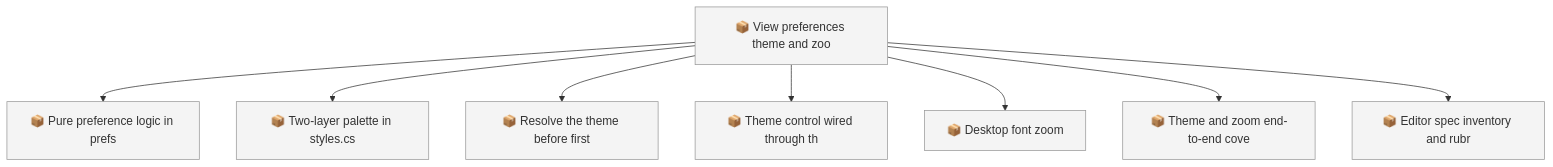
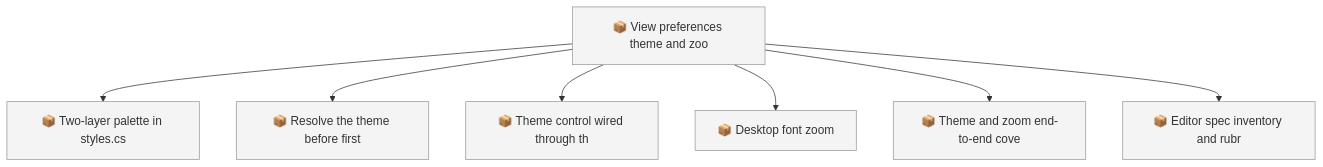
The first of 2 diagrams in docs/roadmap.md (SpillwaveSolutions/okf-forge), drawn with Mermaid before and after one commit. The commit also changed other lines of this file and 3 other files, not shown here.

First line of the commit message:
feat(prefs): pure theme and zoom preference logic (01KZ2M32GWWQ4PP29HVE0AMPX7)

````diff
--- a/docs/roadmap.md
+++ b/docs/roadmap.md
@@ -45,20 +44,18 @@
 ```mermaid
 graph TD
     01KZ2KCJKX6S20SBVHBEQDZA0K["📦 View preferences theme and zoo"]
-    01KZ2M32GWWQ4PP29HVE0AMPX7["📦 Pure preference logic in prefs"]
     01KZ2M32NY8ZWMW8GWRZ7G3WQD["📦 Two-layer palette in styles.cs"]
     01KZ2M32TVGPVF4PYTJ1BJENH7["📦 Resolve the theme before first"]
     01KZ2M32ZY8G5RVEB2F0EK9G1E["📦 Theme control wired through th"]
     01KZ2M334TJ1XNRKG7Y2ENHA5W["📦 Desktop font zoom"]
     01KZ2M339YT6TMAQHJSTEGPADA["📦 Theme and zoom end-to-end cove"]
     01KZ2M33EZ4KPYJ8G9SEQ4NFBG["📦 Editor spec inventory and rubr"]
-    01KZ2KCJKX6S20SBVHBEQDZA0K --> 01KZ2M32GWWQ4PP29HVE0AMPX7
     01KZ2KCJKX6S20SBVHBEQDZA0K --> 01KZ2M32NY8ZWMW8GWRZ7G3WQD
     01KZ2KCJKX6S20SBVHBEQDZA0K --> 01KZ2M32TVGPVF4PYTJ1BJENH7
     01KZ2KCJKX6S20SBVHBEQDZA0K --> 01KZ2M32ZY8G5RVEB2F0EK9G1E
     01KZ2KCJKX6S20SBVHBEQDZA0K --> 01KZ2M334TJ1XNRKG7Y2ENHA5W
     01KZ2KCJKX6S20SBVHBEQDZA0K --> 01KZ2M339YT6TMAQHJSTEGPADA
     01KZ2KCJKX6S20SBVHBEQDZA0K --> 01KZ2M33EZ4KPYJ8G9SEQ4NFBG
     classDef todo fill:#f4f4f4,stroke:#999999
-    class 01KZ2KCJKX6S20SBVHBEQDZA0K,01KZ2M32GWWQ4PP29HVE0AMPX7,01KZ2M32NY8ZWMW8GWRZ7G3WQD,01KZ2M32TVGPVF4PYTJ1BJENH7,01KZ2M32ZY8G5RVEB2F0EK9G1E,01KZ2M334TJ1XNRKG7Y2ENHA5W,01KZ2M339YT6TMAQHJSTEGPADA,01KZ2M33EZ4KPYJ8G9SEQ4NFBG todo
+    class 01KZ2KCJKX6S20SBVHBEQDZA0K,01KZ2M32NY8ZWMW8GWRZ7G3WQD,01KZ2M32TVGPVF4PYTJ1BJENH7,01KZ2M32ZY8G5RVEB2F0EK9G1E,01KZ2M334TJ1XNRKG7Y2ENHA5W,01KZ2M339YT6TMAQHJSTEGPADA,01KZ2M33EZ4KPYJ8G9SEQ4NFBG todo
 ```
````
